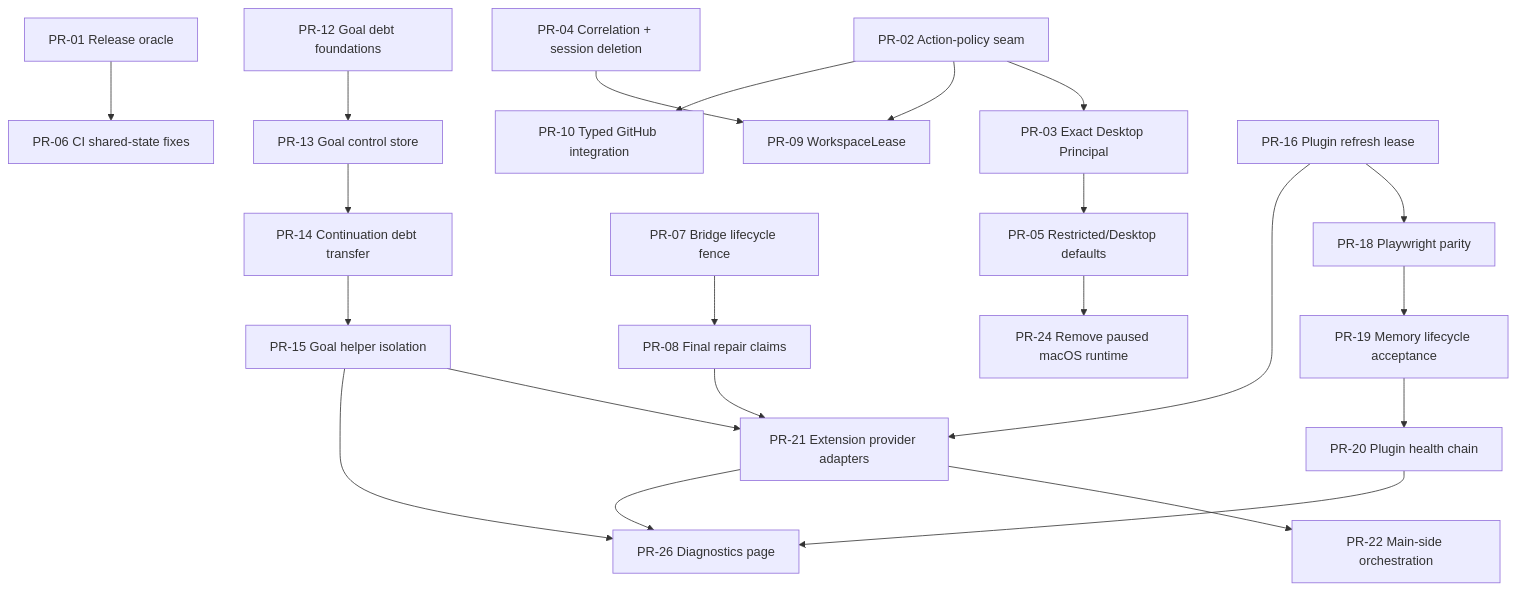
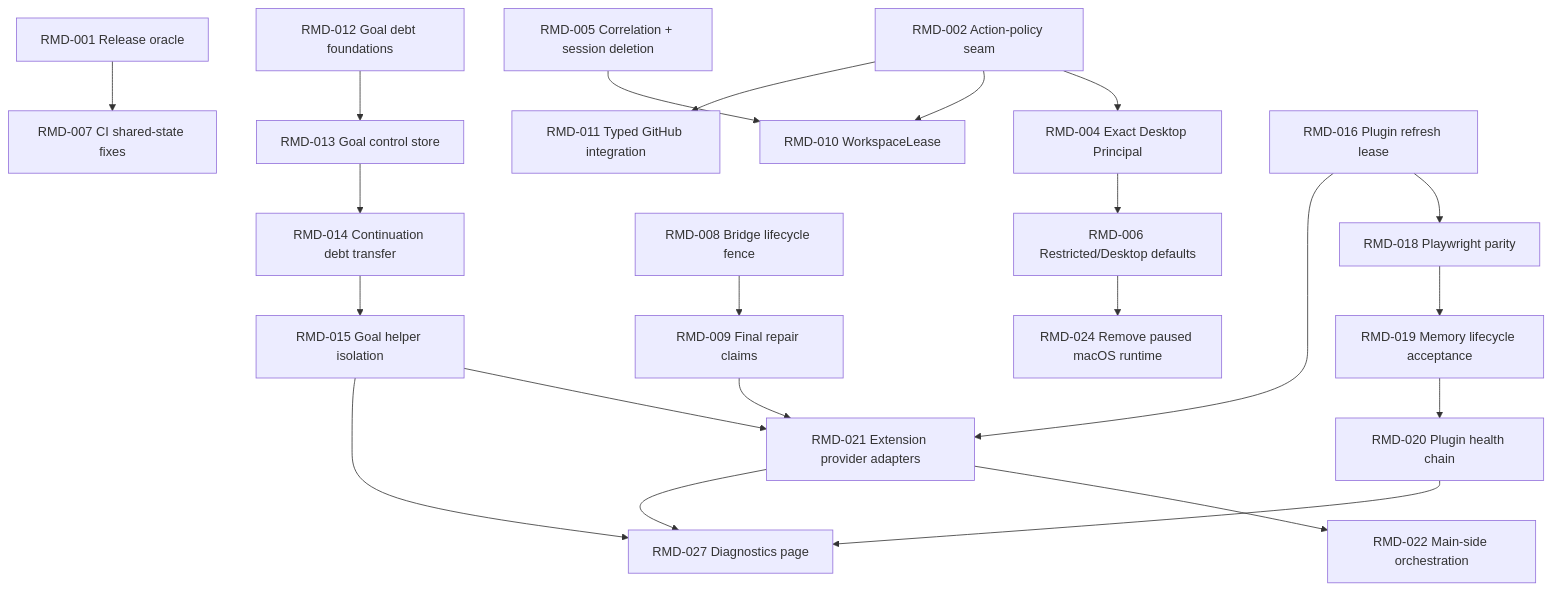
Before and after one commit to Shattermoon/octo-chat: the diagram in docs/remediation-program-2026-09-14.md, drawn with Mermaid. The commit also changed other lines of this file and 3 other files, not shown here.

````diff
--- a/docs/remediation-program-2026-09-14.md
+++ b/docs/remediation-program-2026-09-14.md
@@ -88,28 +126,28 @@
 ```mermaid
 flowchart TD
-    P01[PR-01 Release oracle] --> P06[PR-06 CI shared-state fixes]
-    P02[PR-02 Action-policy seam] --> P03[PR-03 Exact Desktop Principal]
-    P03 --> P05[PR-05 Restricted/Desktop defaults]
-    P02 --> P09[PR-09 WorkspaceLease]
-    P04[PR-04 Correlation + session deletion] --> P09
-    P02 --> P10[PR-10 Typed GitHub integration]
+    R001[RMD-001 Release oracle] --> R007[RMD-007 CI shared-state fixes]
+    R002[RMD-002 Action-policy seam] --> R004[RMD-004 Exact Desktop Principal]
+    R004 --> R006[RMD-006 Restricted/Desktop defaults]
+    R002 --> R010[RMD-010 WorkspaceLease]
+    R005[RMD-005 Correlation + session deletion] --> R010
+    R002 --> R011[RMD-011 Typed GitHub integration]
 
-    P07[PR-07 Bridge lifecycle fence] --> P08[PR-08 Final repair claims]
-    P12[PR-12 Goal debt foundations] --> P13[PR-13 Goal control store]
-    P13 --> P14[PR-14 Continuation debt transfer]
-    P14 --> P15[PR-15 Goal helper isolation]
+    R008[RMD-008 Bridge lifecycle fence] --> R009[RMD-009 Final repair claims]
+    R012[RMD-012 Goal debt foundations] --> R013[RMD-013 Goal control store]
+    R013 --> R014[RMD-014 Continuation debt transfer]
+    R014 --> R015[RMD-015 Goal helper isolation]
 
-    P16[PR-16 Plugin refresh lease] --> P18[PR-18 Playwright parity]
-    P18 --> P19[PR-19 Memory lifecycle acceptance]
-    P19 --> P20[PR-20 Plugin health chain]
+    R016[RMD-016 Plugin refresh lease] --> R018[RMD-018 Playwright parity]
+    R018 --> R019[RMD-019 Memory lifecycle acceptance]
+    R019 --> R020[RMD-020 Plugin health chain]
 
-    P08 --> P21[PR-21 Extension provider adapters]
-    P15 --> P21
-    P16 --> P21
-    P21 --> P22[PR-22 Main-side orchestration]
+    R009 --> R021[RMD-021 Extension provider adapters]
+    R015 --> R021
+    R016 --> R021
+    R021 --> R022[RMD-022 Main-side orchestration]
 
-    P05 --> P24[PR-24 Remove paused macOS runtime]
-    P20 --> P26[PR-26 Diagnostics page]
-    P15 --> P26
-    P21 --> P26
+    R006 --> R024[RMD-024 Remove paused macOS runtime]
+    R020 --> R027[RMD-027 Diagnostics page]
+    R015 --> R027
+    R021 --> R027
 ```
````
